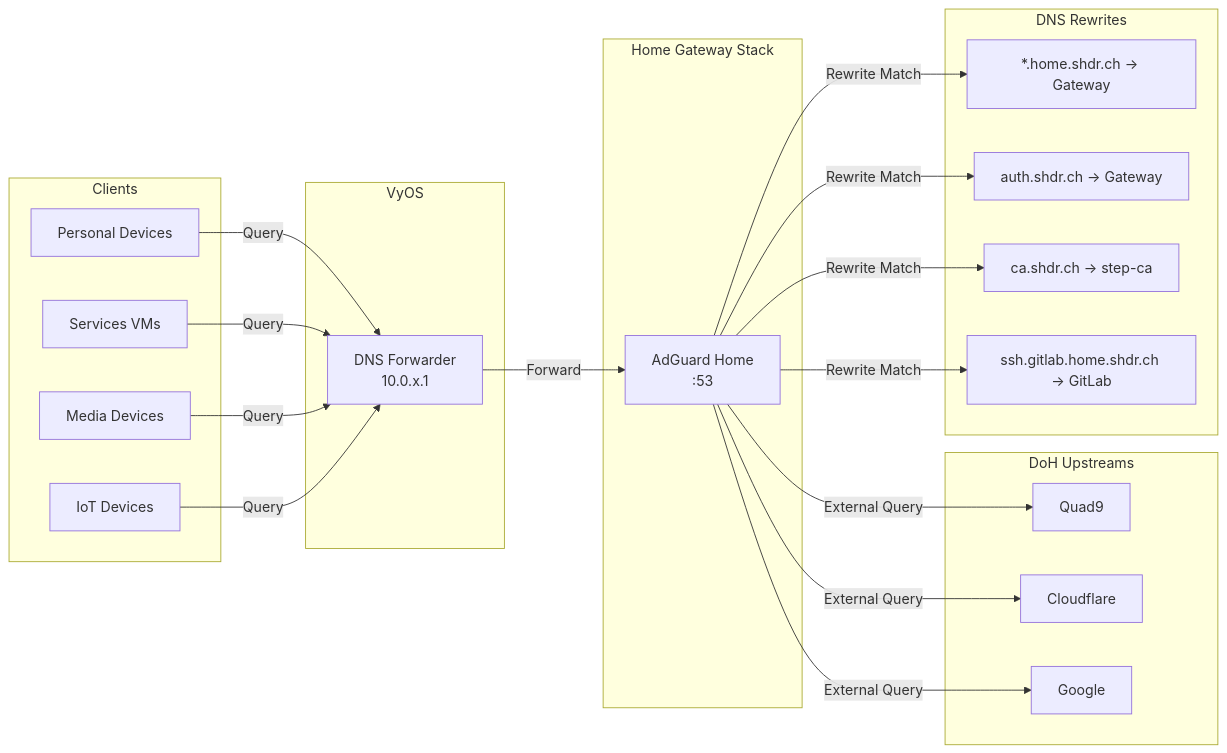
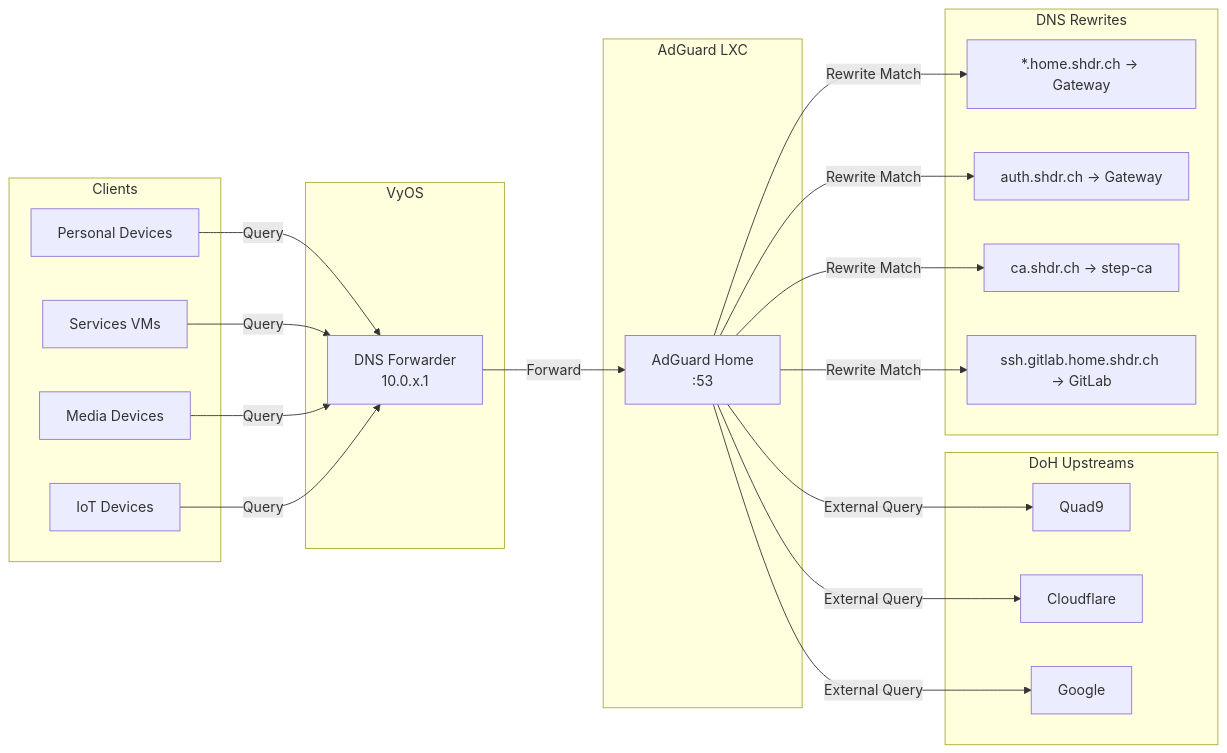
The second of 4 diagrams in docs/networking.md (shedrachokonofua/aether), drawn with Mermaid before and after one commit. The commit also changed other lines of this file and 2 other files, not shown here.

Commit message:
Update docs and comments

````diff
--- a/docs/networking.md
+++ b/docs/networking.md
@@ -91,35 +91,35 @@
 ```mermaid
 graph LR
     subgraph Clients
         C1[Personal Devices]
         C2[Services VMs]
         C3[Media Devices]
         C4[IoT Devices]
     end
 
     subgraph VyOS
         DNS1[DNS Forwarder<br/>10.0.x.1]
     end
 
-    subgraph Home Gateway Stack
+    subgraph AdGuard LXC
         ADG[AdGuard Home<br/>:53]
     end
 
     subgraph DoH Upstreams
         Q9[Quad9]
         CF[Cloudflare]
         GG[Google]
     end
 
     subgraph DNS Rewrites
         R1[*.home.shdr.ch → Gateway]
         R2[auth.shdr.ch → Gateway]
         R3[ca.shdr.ch → step-ca]
         R4[ssh.gitlab.home.shdr.ch → GitLab]
     end
 
     C1 & C2 & C3 & C4 -->|Query| DNS1
     DNS1 -->|Forward| ADG
     ADG -->|Rewrite Match| R1 & R2 & R3 & R4
     ADG -->|External Query| Q9 & CF & GG
 ```
````
